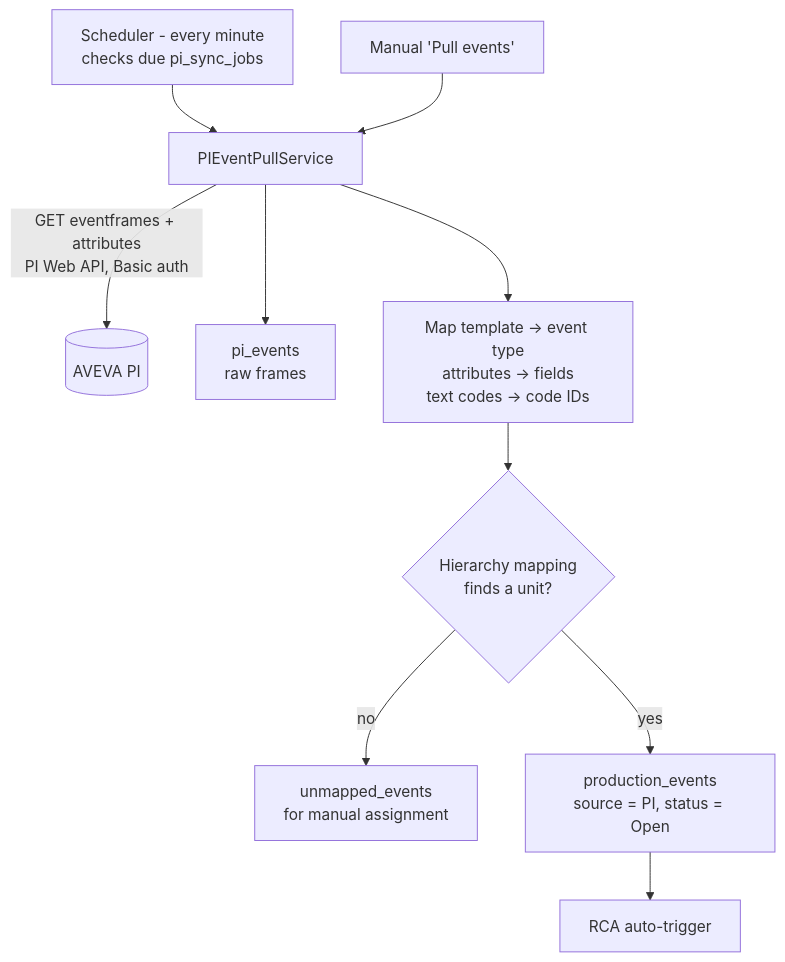
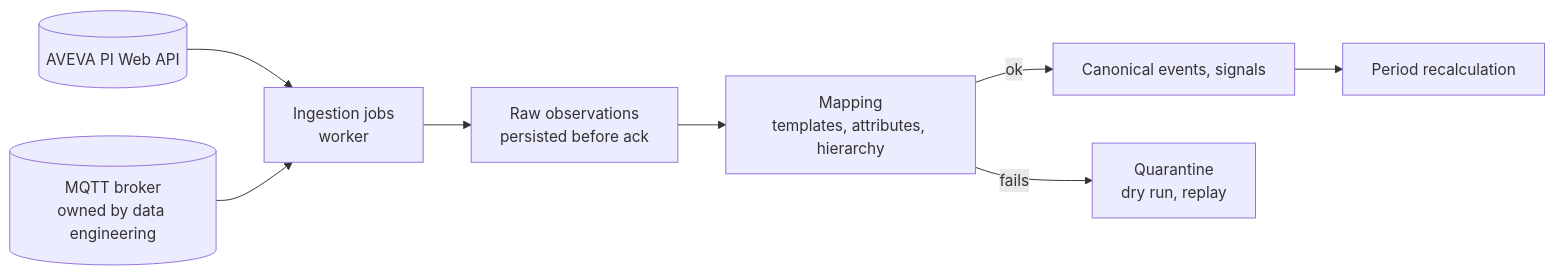
Before and after one commit to tofelemed/PLA-Downtime-RCA-V3: the second of 3 diagrams in docs/PROACT_APPLICATION_GUIDE.md, drawn with Mermaid. The commit also changed other lines of this file, not shown here.

````diff
--- a/docs/PROACT_APPLICATION_GUIDE.md
+++ b/docs/PROACT_APPLICATION_GUIDE.md
@@ -324,12 +313,10 @@
 ```mermaid
-flowchart TD
-    S[Scheduler - every minute<br/>checks due pi_sync_jobs] --> P
-    M[Manual 'Pull events'] --> P
-    P[PIEventPullService] -->|GET eventframes + attributes<br/>PI Web API, Basic auth| PI[(AVEVA PI)]
-    P --> R[pi_events<br/>raw frames]
-    P --> MAP[Map template → event type<br/>attributes → fields<br/>text codes → code IDs]
-    MAP --> H{Hierarchy mapping<br/>finds a unit?}
-    H -- no --> U[unmapped_events<br/>for manual assignment]
-    H -- yes --> E[production_events<br/>source = PI, status = Open]
-    E --> T[RCA auto-trigger]
+flowchart LR
+    PI[(AVEVA PI Web API)] --> J[Ingestion jobs<br/>worker]
+    MQ[(MQTT broker<br/>owned by data engineering)] --> J
+    J --> RAW[Raw observations<br/>persisted before ack]
+    RAW --> MAP[Mapping<br/>templates, attributes, hierarchy]
+    MAP -->|ok| EV[Canonical events, signals]
+    MAP -->|fails| Q[Quarantine<br/>dry run, replay]
+    EV --> ACC[Period recalculation]
 ```
````
